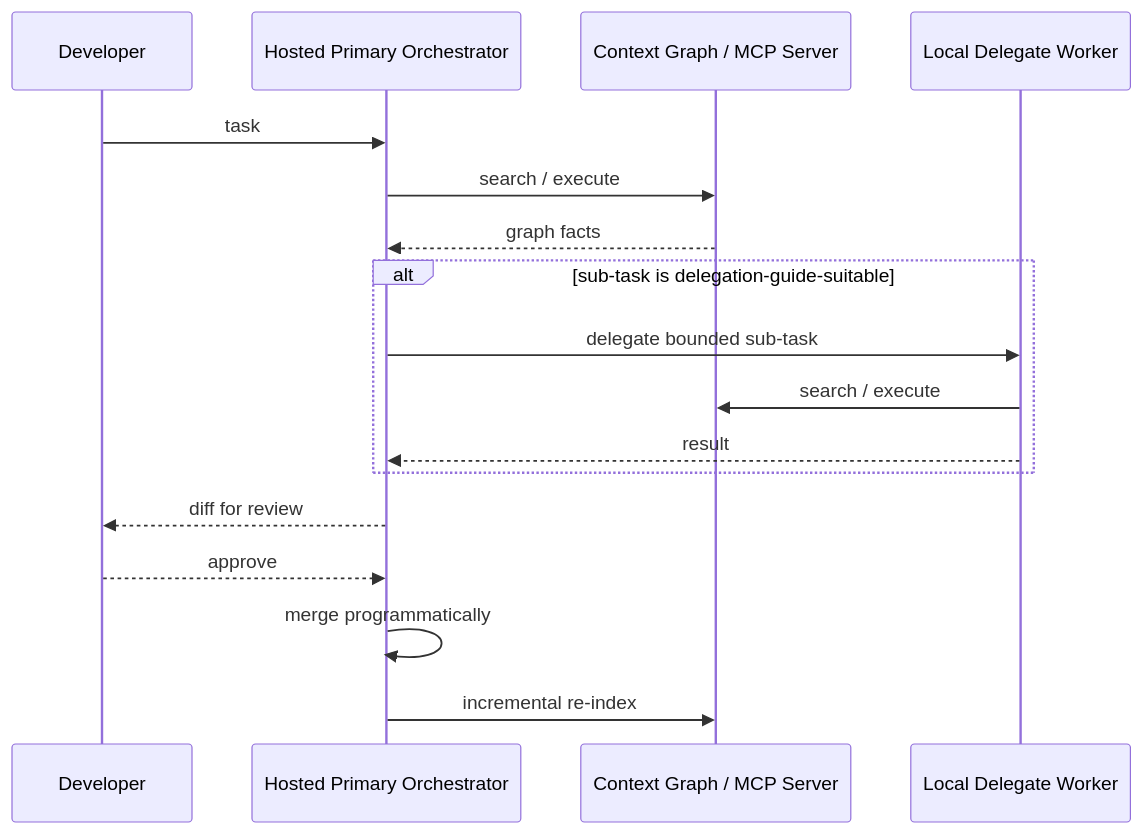
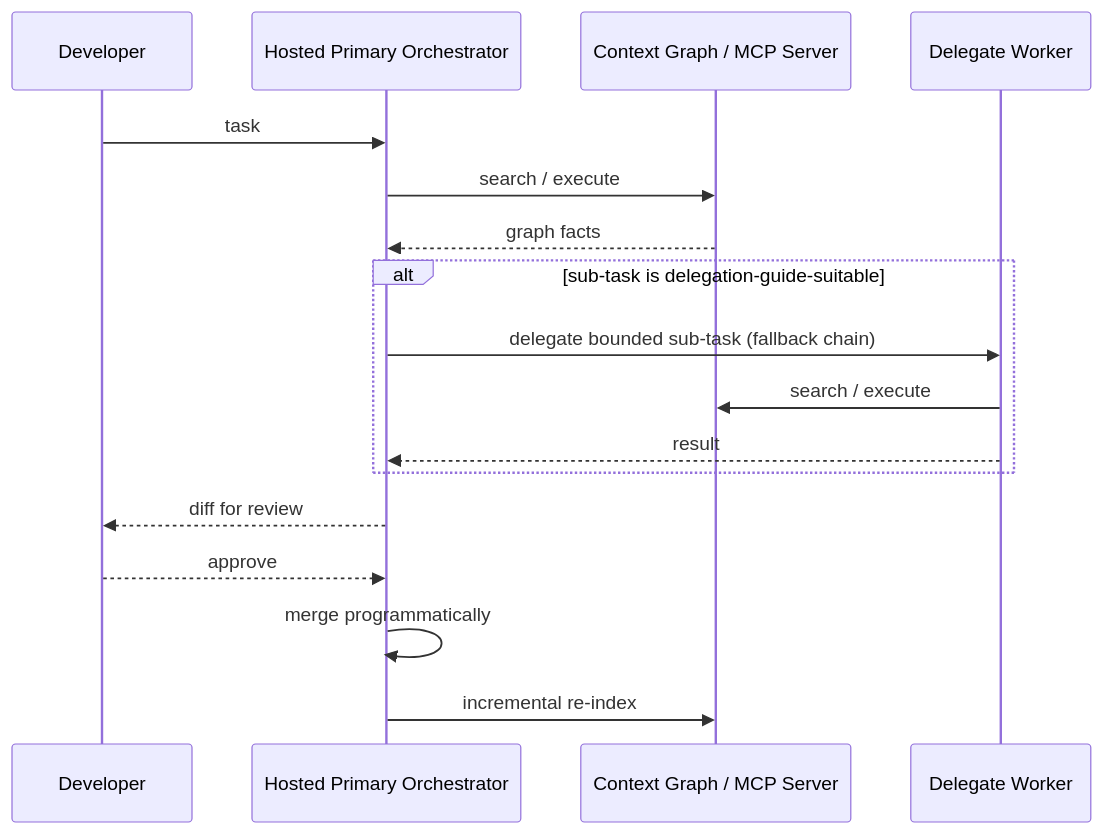
The diagram in docs/brainstorms/2026-07-20-hybrid-local-hosted-coding-agent-requirements.md (dsh971/Josu), drawn with Mermaid before and after one commit. The commit also changed other lines of this file and 36 other files, not shown here.

````diff
--- a/docs/brainstorms/2026-07-20-hybrid-local-hosted-coding-agent-requirements.md
+++ b/docs/brainstorms/2026-07-20-hybrid-local-hosted-coding-agent-requirements.md
@@ -71,20 +82,20 @@
 ```mermaid
 sequenceDiagram
     participant Dev as Developer
     participant Orch as Hosted Primary Orchestrator
     participant Graph as Context Graph / MCP Server
-    participant Local as Local Delegate Worker
+    participant Delegate as Delegate Worker
 
     Dev->>Orch: task
     Orch->>Graph: search / execute
     Graph-->>Orch: graph facts
     alt sub-task is delegation-guide-suitable
-        Orch->>Local: delegate bounded sub-task
-        Local->>Graph: search / execute
-        Local-->>Orch: result
+        Orch->>Delegate: delegate bounded sub-task (fallback chain)
+        Delegate->>Graph: search / execute
+        Delegate-->>Orch: result
     end
     Orch-->>Dev: diff for review
     Dev-->>Orch: approve
     Orch->>Orch: merge programmatically
     Orch->>Graph: incremental re-index
 ```
````
